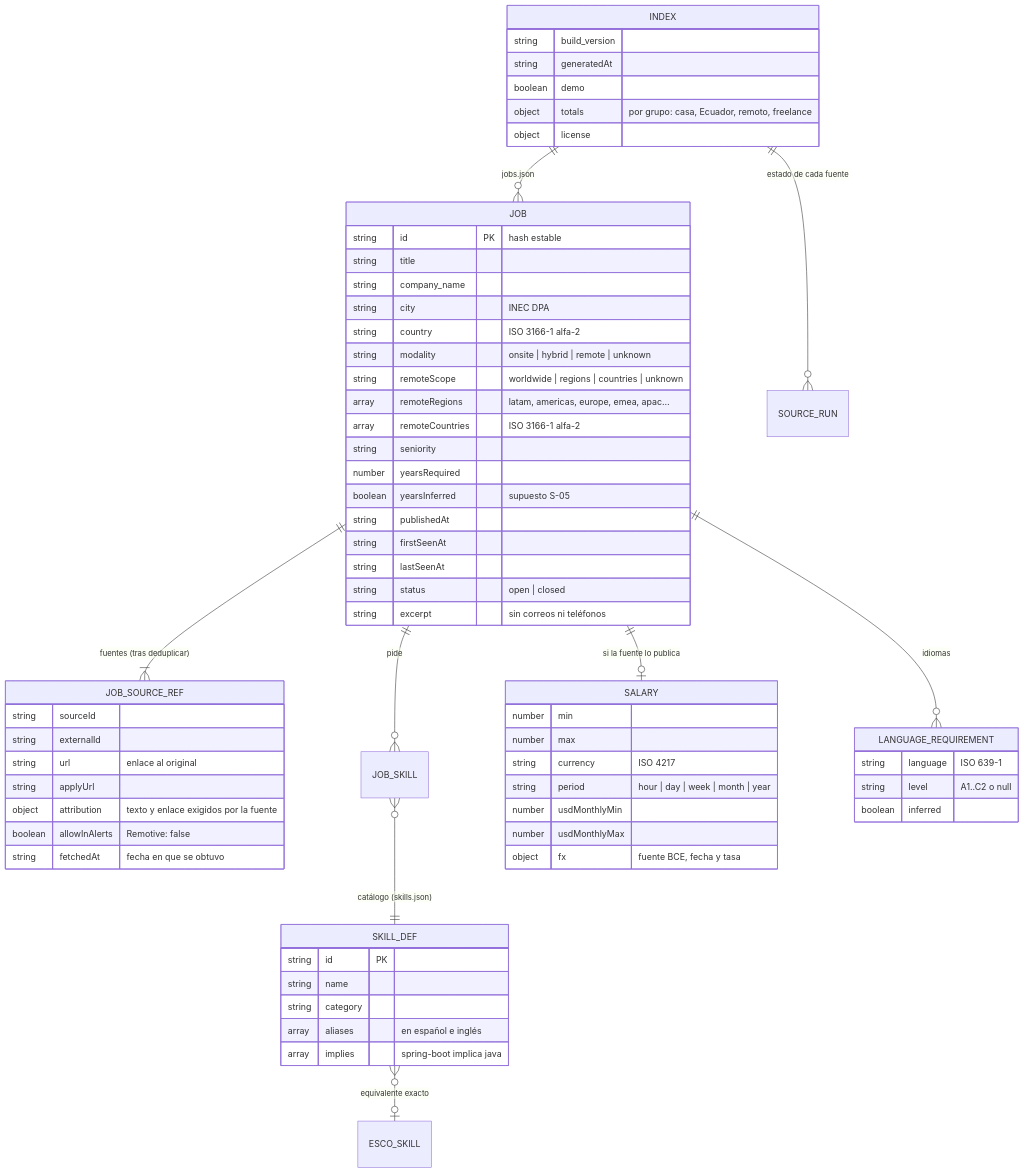
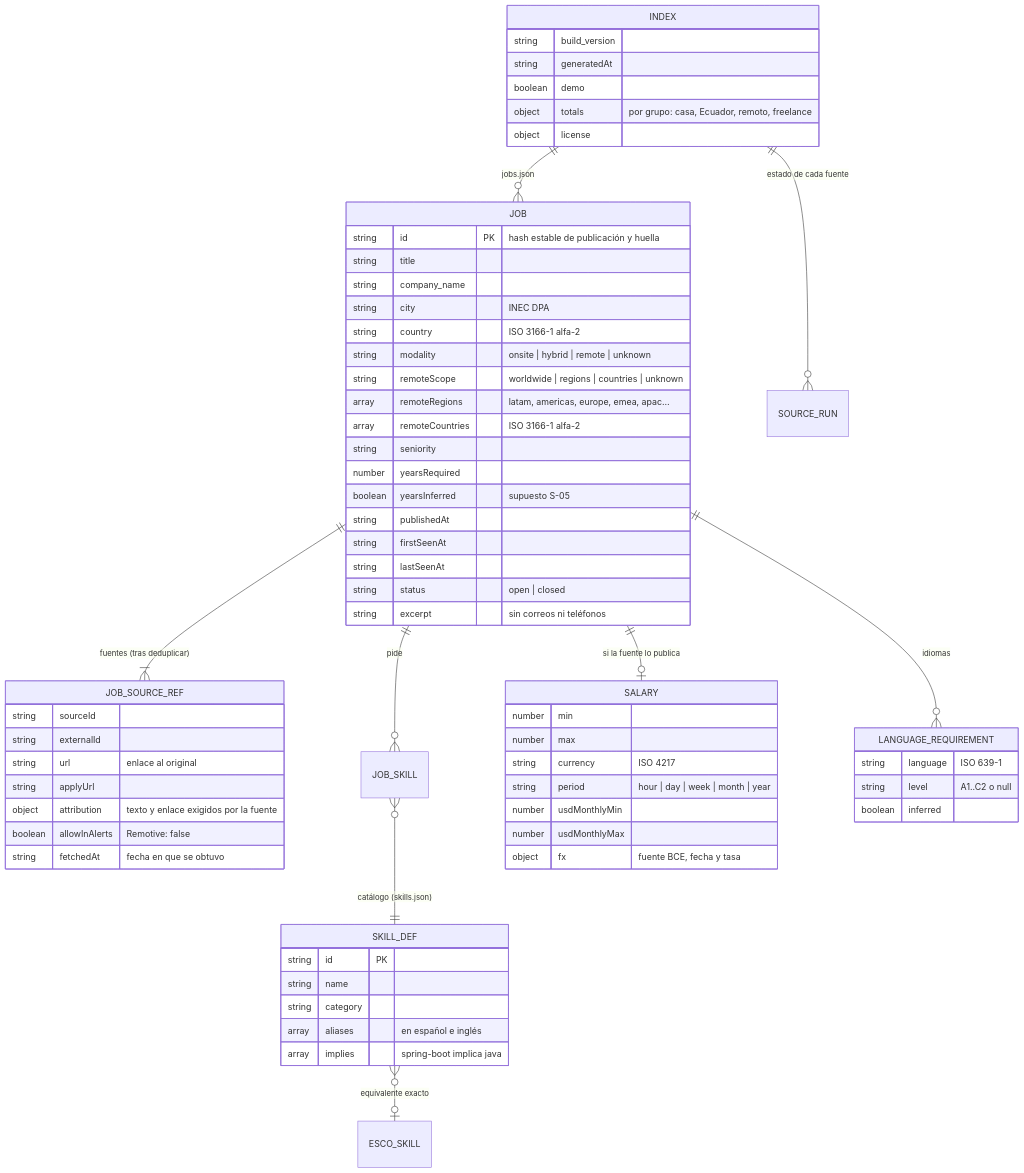
The second of 2 diagrams in docs/modelo-datos.md (DiegoFranciscoG/norte), drawn with Mermaid before and after one commit. The commit also changed 2 other files, not shown here.

Commit message:
docs: complete deployment steps, author links, test figures and new sources

````diff
--- a/docs/modelo-datos.md
+++ b/docs/modelo-datos.md
@@ -154,68 +154,68 @@
 ```mermaid
 erDiagram
     INDEX ||--o{ JOB : "jobs.json"
     JOB ||--|{ JOB_SOURCE_REF : "fuentes (tras deduplicar)"
     JOB ||--o{ JOB_SKILL : "pide"
     JOB_SKILL }o--|| SKILL_DEF : "catálogo (skills.json)"
     SKILL_DEF }o--o| ESCO_SKILL : "equivalente exacto"
     JOB ||--o| SALARY : "si la fuente lo publica"
     JOB ||--o{ LANGUAGE_REQUIREMENT : "idiomas"
     INDEX ||--o{ SOURCE_RUN : "estado de cada fuente"
 
     INDEX {
         string build_version
         string generatedAt
         boolean demo
         object totals "por grupo: casa, Ecuador, remoto, freelance"
         object license
     }
     JOB {
-        string id PK "hash estable"
+        string id PK "hash estable de publicación y huella"
         string title
         string company_name
         string city "INEC DPA"
         string country "ISO 3166-1 alfa-2"
         string modality "onsite | hybrid | remote | unknown"
         string remoteScope "worldwide | regions | countries | unknown"
         array remoteRegions "latam, americas, europe, emea, apac…"
         array remoteCountries "ISO 3166-1 alfa-2"
         string seniority
         number yearsRequired
         boolean yearsInferred "supuesto S-05"
         string publishedAt
         string firstSeenAt
         string lastSeenAt
         string status "open | closed"
         string excerpt "sin correos ni teléfonos"
     }
     JOB_SOURCE_REF {
         string sourceId
         string externalId
         string url "enlace al original"
         string applyUrl
         object attribution "texto y enlace exigidos por la fuente"
         boolean allowInAlerts "Remotive: false"
         string fetchedAt "fecha en que se obtuvo"
     }
     SALARY {
         number min
         number max
         string currency "ISO 4217"
         string period "hour | day | week | month | year"
         number usdMonthlyMin
         number usdMonthlyMax
         object fx "fuente BCE, fecha y tasa"
     }
     LANGUAGE_REQUIREMENT {
         string language "ISO 639-1"
         string level "A1..C2 o null"
         boolean inferred
     }
     SKILL_DEF {
         string id PK
         string name
         string category
         array aliases "en español e inglés"
         array implies "spring-boot implica java"
     }
 ```
````
